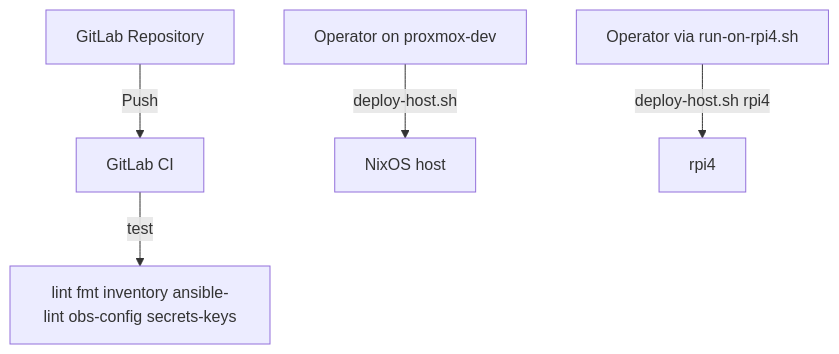
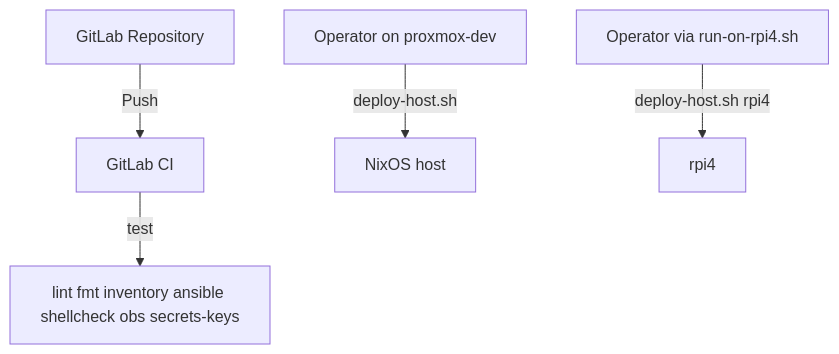
One commit to alexthemayers/nixos-fleet changed the diagram in docs/deployments.md. Above: the diagram before and after it, drawn with Mermaid. The commit also changed other lines of this file and 14 other files, not shown here.

First line of the commit message:
feat: P1 zero-debt — Debian inventory CI, shellcheck, known_hosts prune

````diff
--- a/docs/deployments.md
+++ b/docs/deployments.md
@@ -17,7 +17,7 @@
 ```mermaid
 graph TD
     GitLab[GitLab Repository] -->|Push| CI[GitLab CI]
-    CI -->|test| Gate[lint fmt inventory ansible-lint obs-config secrets-keys]
+    CI -->|test| Gate[lint fmt inventory ansible shellcheck obs secrets-keys]
     Op[Operator on proxmox-dev] -->|deploy-host.sh| Host[NixOS host]
     OpPi[Operator via run-on-rpi4.sh] -->|deploy-host.sh rpi4| Pi[rpi4]
 ```
````
